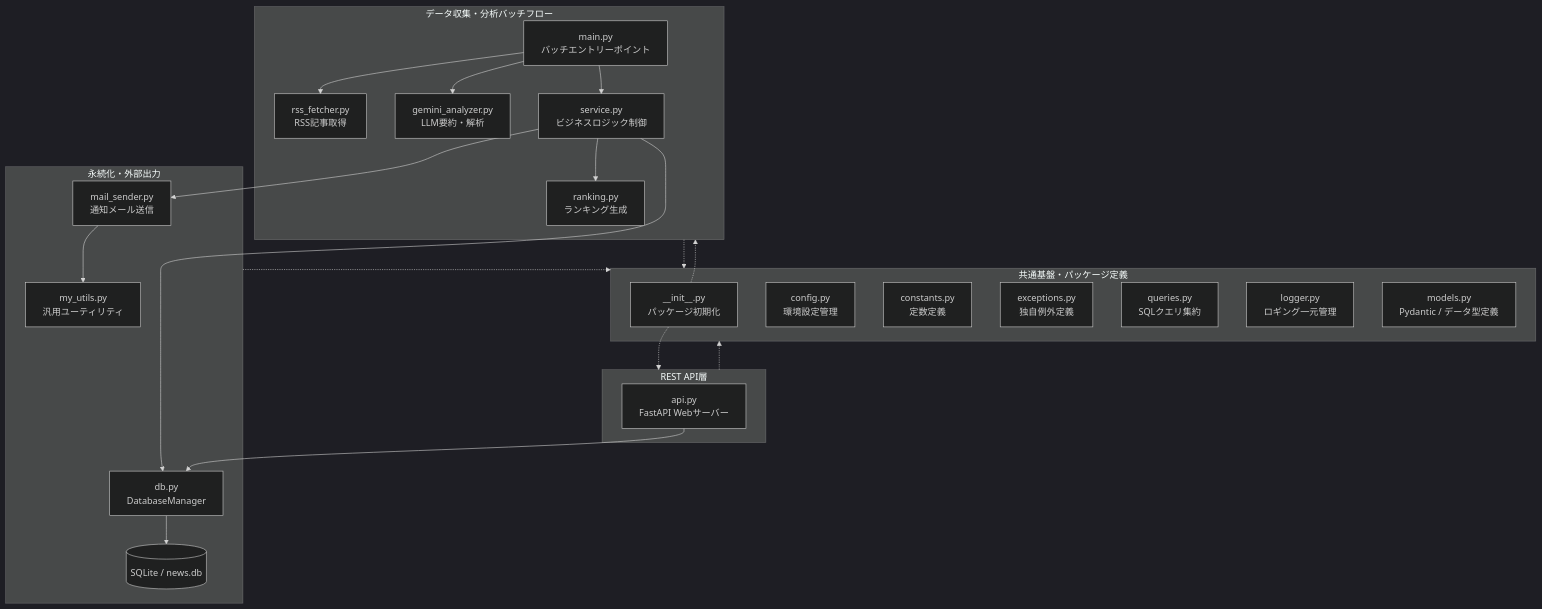
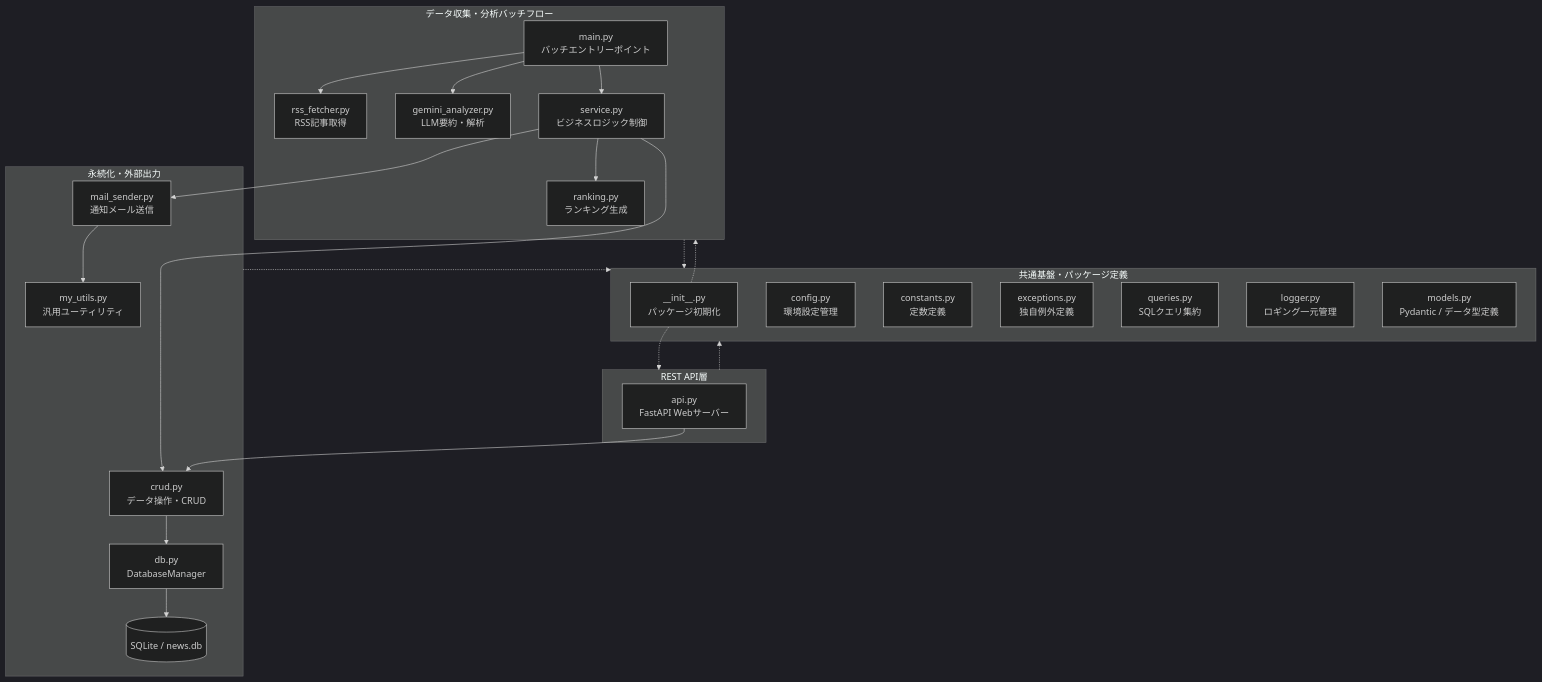
The second of 2 diagrams in README.md (neucorino/itnews-autocollector), drawn with Mermaid (dark theme) before and after one commit. The commit also changed other lines of this file and 2 other files, not shown here.

````diff
--- a/README.md
+++ b/README.md
@@ -231,46 +238,48 @@
 ```mermaid
 flowchart TD
     subgraph Core [データ収集・分析バッチフロー]
         Main[main.py<br/>バッチエントリーポイント]
         RSS[rss_fetcher.py<br/>RSS記事取得]
         AI[gemini_analyzer.py<br/>LLM要約・解析]
         Rank[ranking.py<br/>ランキング生成]
         Service[service.py<br/>ビジネスロジック制御]
     end
 
     subgraph API [REST API層]
         FastAPI[api.py<br/>FastAPI Webサーバー]
     end
 
     subgraph Output [永続化・外部出力]
         Mail[mail_sender.py<br/>通知メール送信]
         Utils[my_utils.py<br/>汎用ユーティリティ]
+        CRUD[crud.py<br/>データ操作・CRUD]
         DB[db.py<br/>DatabaseManager]
         SQLite[(SQLite / news.db)]
     end
 
     subgraph Infra [共通基盤・パッケージ定義]
         Init["__init__.py<br/>パッケージ初期化"]
         Config[config.py<br/>環境設定管理]
         Const[constants.py<br/>定数定義]
         Exc[exceptions.py<br/>独自例外定義]
         Queries[queries.py<br/>SQLクエリ集約]
         Logger[logger.py<br/>ロギング一元管理]
         Models[models.py<br/>Pydantic / データ型定義]
     end
 
     Main --> RSS
     Main --> AI
     Main --> Service
     Service --> Rank
-    Service --> DB
+    Service --> CRUD
     Service --> Mail
     Mail --> Utils
-    FastAPI --> DB
+    FastAPI --> CRUD
+    CRUD --> DB
     DB --> SQLite
     Core -.-> Infra
     API -.-> Infra
     Output -.-> Infra
     Init -.-> Core
     Init -.-> API
 ```
````
